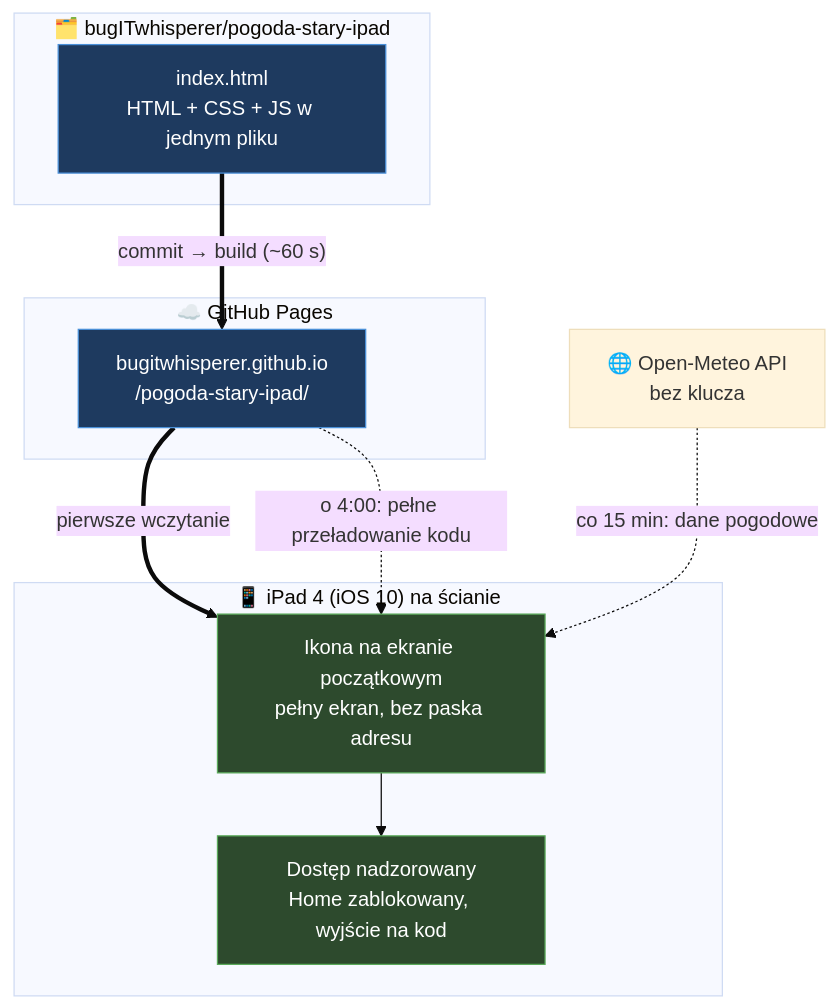
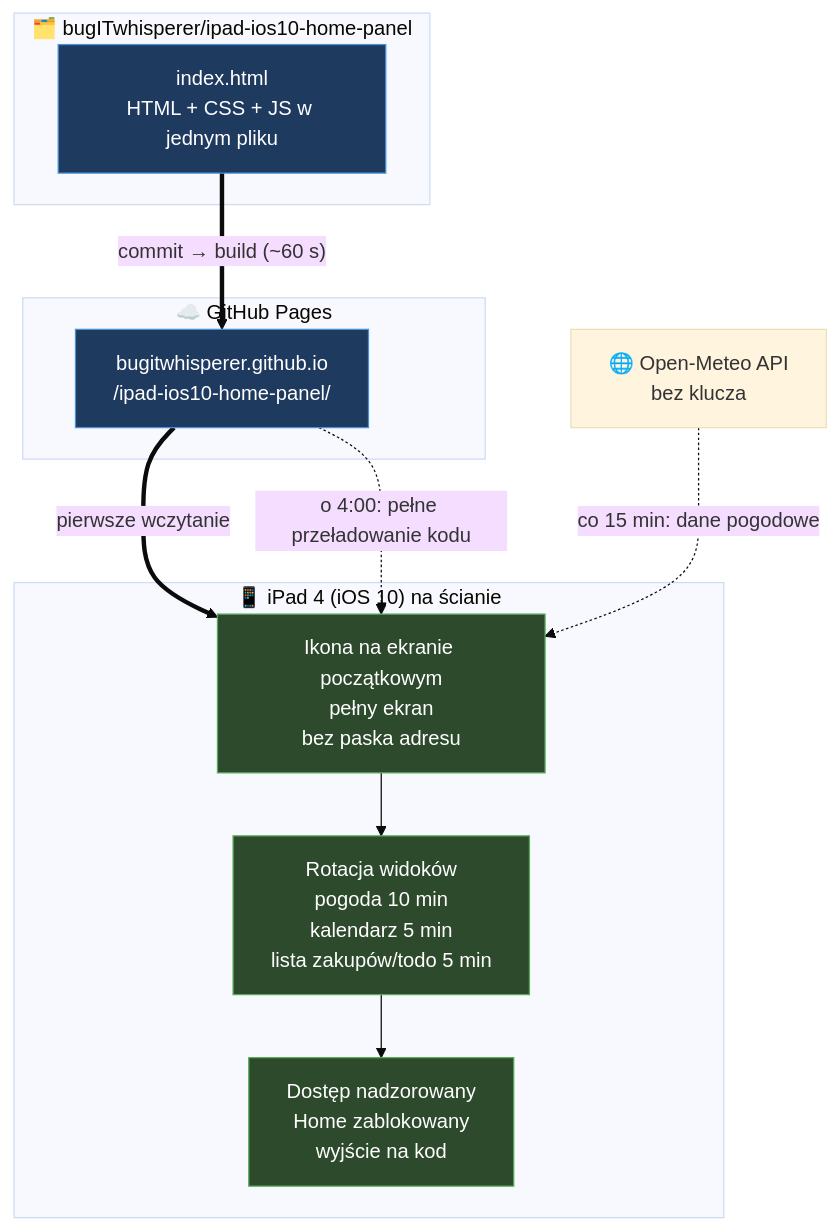
The diagram in README.md (bugITwhisperer/ipad-ios10-home-panel), drawn with Mermaid (base theme) before and after one commit. The commit also changed other lines of this file and 1 other file, not shown here.

Commit message:
doc: aktualizacja README pod panel 3-w-1 + wersja EN

````diff
--- a/README.md
+++ b/README.md
@@ -61,28 +96,29 @@
 ```mermaid
 graph TD
-    subgraph REPO["🗂️ bugITwhisperer/pogoda-stary-ipad"]
+    subgraph REPO["🗂️ bugITwhisperer/ipad-ios10-home-panel"]
         HTML["index.html<br/>HTML + CSS + JS w jednym pliku"]
     end
 
     subgraph PAGES["☁️ GitHub Pages"]
-        SITE["bugitwhisperer.github.io<br/>/pogoda-stary-ipad/"]
+        SITE["bugitwhisperer.github.io<br/>/ipad-ios10-home-panel/"]
     end
 
     subgraph IPAD["📱 iPad 4 (iOS 10) na ścianie"]
-        ICON["Ikona na ekranie początkowym<br/>pełny ekran, bez paska adresu"]
-        GUIDED["Dostęp nadzorowany<br/>Home zablokowany, wyjście na kod"]
-        ICON --> GUIDED
+        ICON["Ikona na ekranie początkowym<br/>pełny ekran<br/>bez paska adresu"]
+        ROT["Rotacja widoków<br/>pogoda 10 min<br/>kalendarz 5 min<br/>lista zakupów/todo 5 min"]
+        GUIDED["Dostęp nadzorowany<br/>Home zablokowany<br/>wyjście na kod"]
+        ICON --> ROT --> GUIDED
     end
 
     API["🌐 Open-Meteo API<br/>bez klucza"]
 
     HTML == "commit → build (~60 s)" ==> SITE
     SITE == "pierwsze wczytanie" ==> ICON
     API -. "co 15 min: dane pogodowe" .-> ICON
     SITE -. "o 4:00: pełne przeładowanie kodu" .-> ICON
 
     classDef repo fill:#1e3a5f,stroke:#4a90d9,color:#fff
     classDef dev fill:#2d4a2d,stroke:#5aaa5a,color:#fff
     class HTML,SITE repo
-    class ICON,GUIDED dev
+    class ICON,ROT,GUIDED dev
 ```
````
